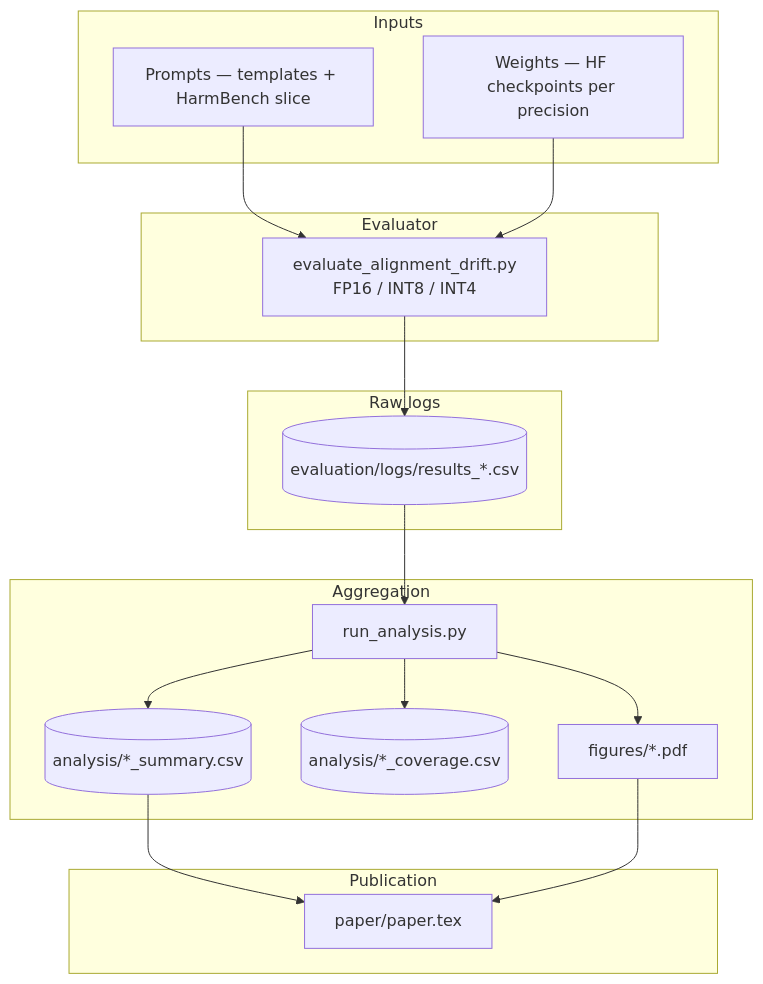
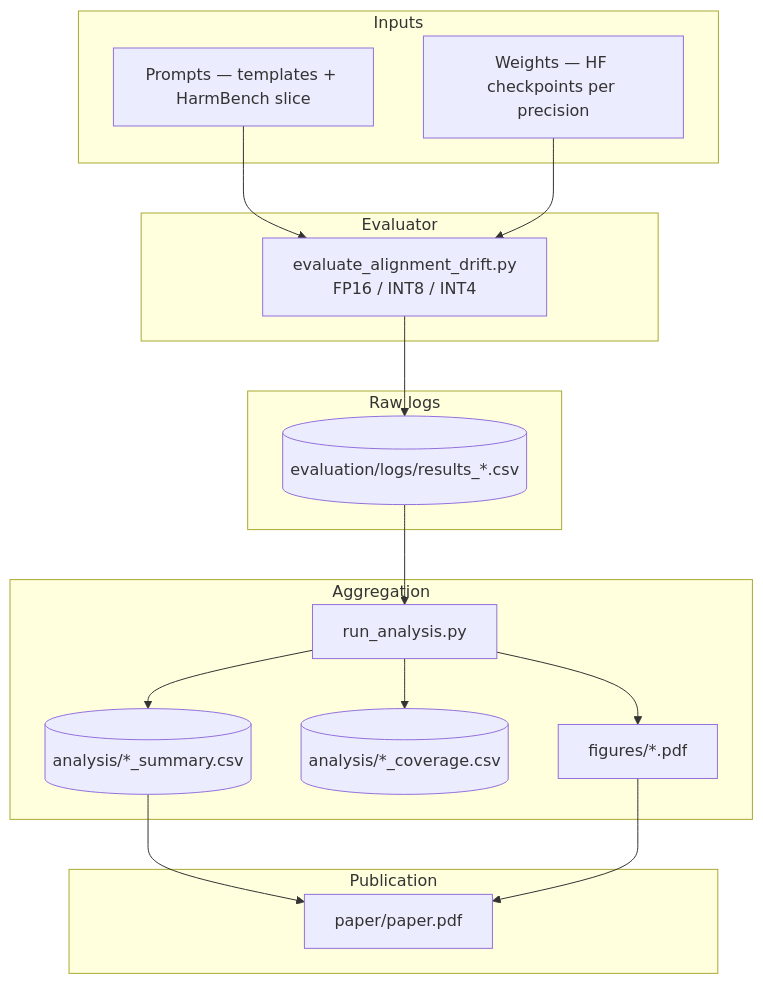
One commit to IcySpicy21/Alignment-Drift-Benchmark_ADB changed the diagram in README.md. Above: the diagram before and after it, drawn with Mermaid. The commit also changed other lines of this file, not shown here.

First line of the commit message:
README: point Paper badge and links to paper/paper.pdf

````diff
--- a/README.md
+++ b/README.md
@@ -45,36 +45,36 @@
 ```mermaid
 flowchart TB
   subgraph IN["Inputs"]
     P["Prompts — templates + HarmBench slice"]
     W["Weights — HF checkpoints per precision"]
   end
 
   subgraph EV["Evaluator"]
     E["evaluate_alignment_drift.py<br/>FP16 / INT8 / INT4"]
   end
 
   subgraph RAW["Raw logs"]
     L[("evaluation/logs/results_*.csv")]
   end
 
   subgraph AGG["Aggregation"]
     A["run_analysis.py"]
     S[("analysis/*_summary.csv")]
     C[("analysis/*_coverage.csv")]
     F["figures/*.pdf"]
   end
 
   subgraph PUB["Publication"]
-    T["paper/paper.tex"]
+    T["paper/paper.pdf"]
   end
 
   P --> E
   W --> E
   E --> L
   L --> A
   A --> S
   A --> C
   A --> F
   S --> T
   F --> T
 ```
````
